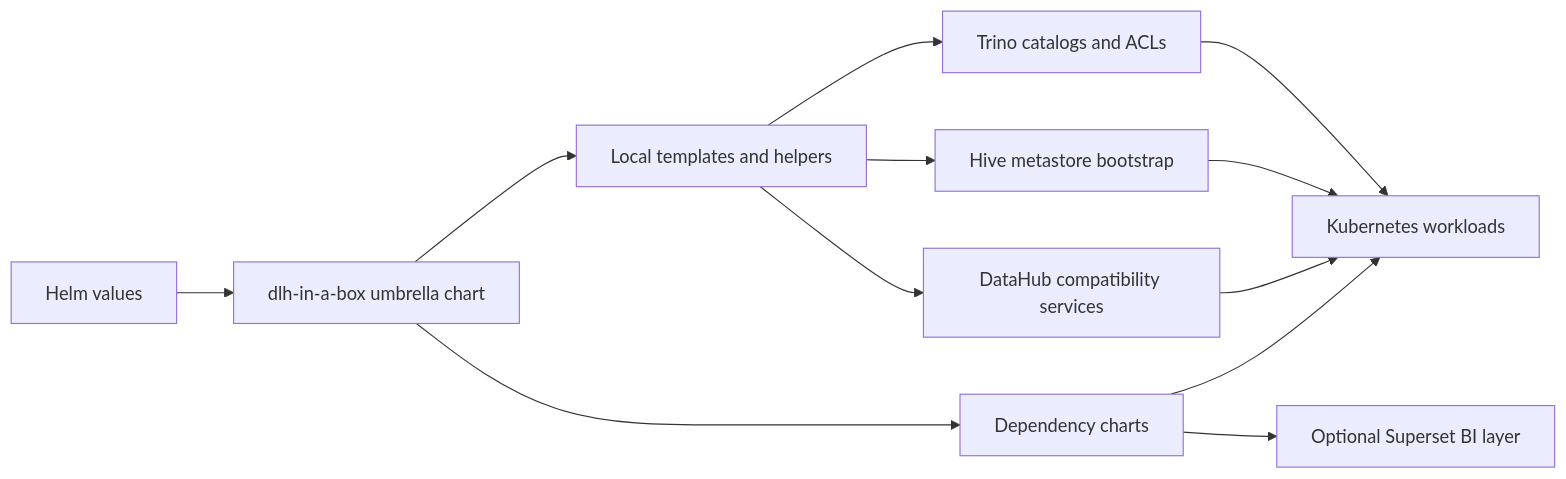
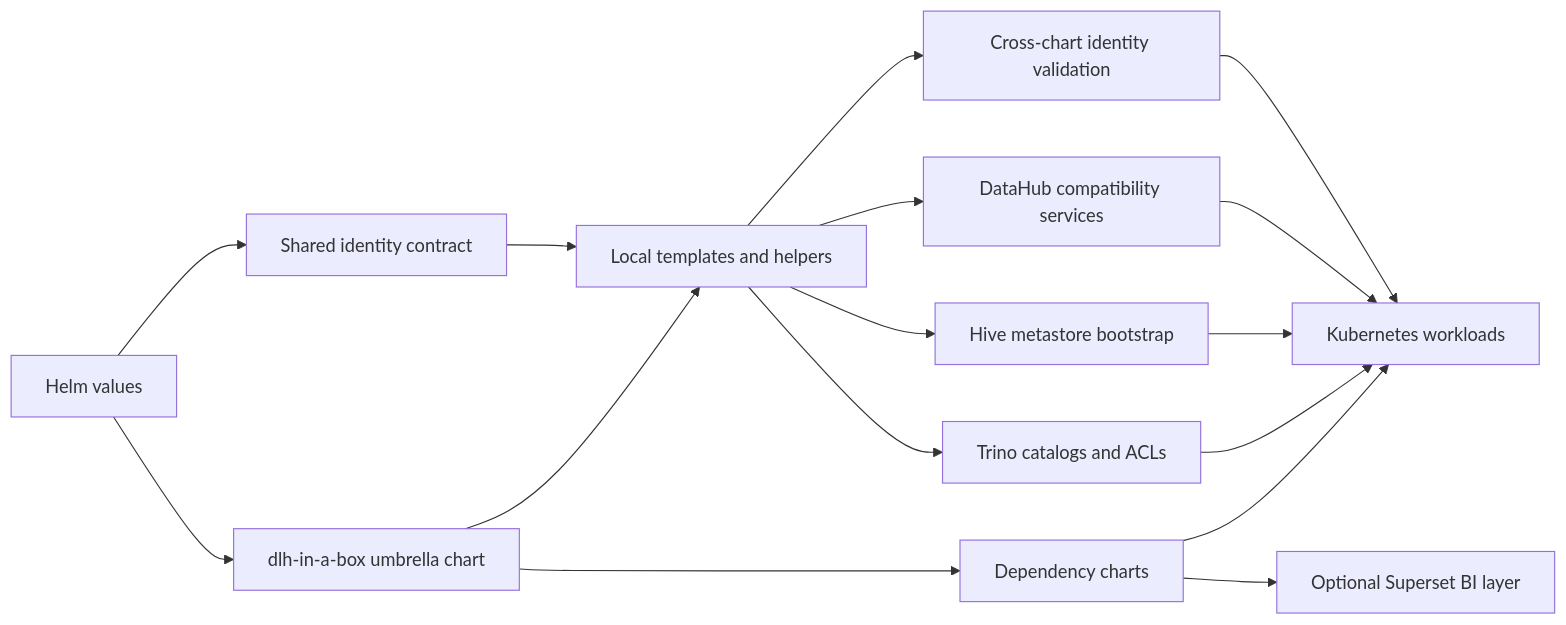
The first of 3 diagrams in charts/dlh-in-a-box/README.md (sanger-pathogens/dlh-in-a-box-umbrella-helm-chart), drawn with Mermaid before and after one commit. The commit also changed other lines of this file and 30 other files, not shown here.

First line of the commit message:
feat: add shared identity integration and finalize handover polish

````diff
--- a/charts/dlh-in-a-box/README.md
+++ b/charts/dlh-in-a-box/README.md
@@ -10,16 +14,20 @@
 ```mermaid
 flowchart LR
   Values[Helm values] --> Umbrella[dlh-in-a-box umbrella chart]
   Umbrella --> LocalGlue[Local templates and helpers]
   Umbrella --> Dependencies[Dependency charts]
+  Values --> SharedIdentity[Shared identity contract]
 
   LocalGlue --> Catalogs[Trino catalogs and ACLs]
   LocalGlue --> HiveBootstrap[Hive metastore bootstrap]
   LocalGlue --> DataHubCompat[DataHub compatibility services]
+  LocalGlue --> IdentityValidation[Cross-chart identity validation]
 
   Dependencies --> Runtime[Kubernetes workloads]
   Dependencies --> SupersetBI[Optional Superset BI layer]
   Catalogs --> Runtime
   HiveBootstrap --> Runtime
   DataHubCompat --> Runtime
+  SharedIdentity --> LocalGlue
+  IdentityValidation --> Runtime
 ```
````
